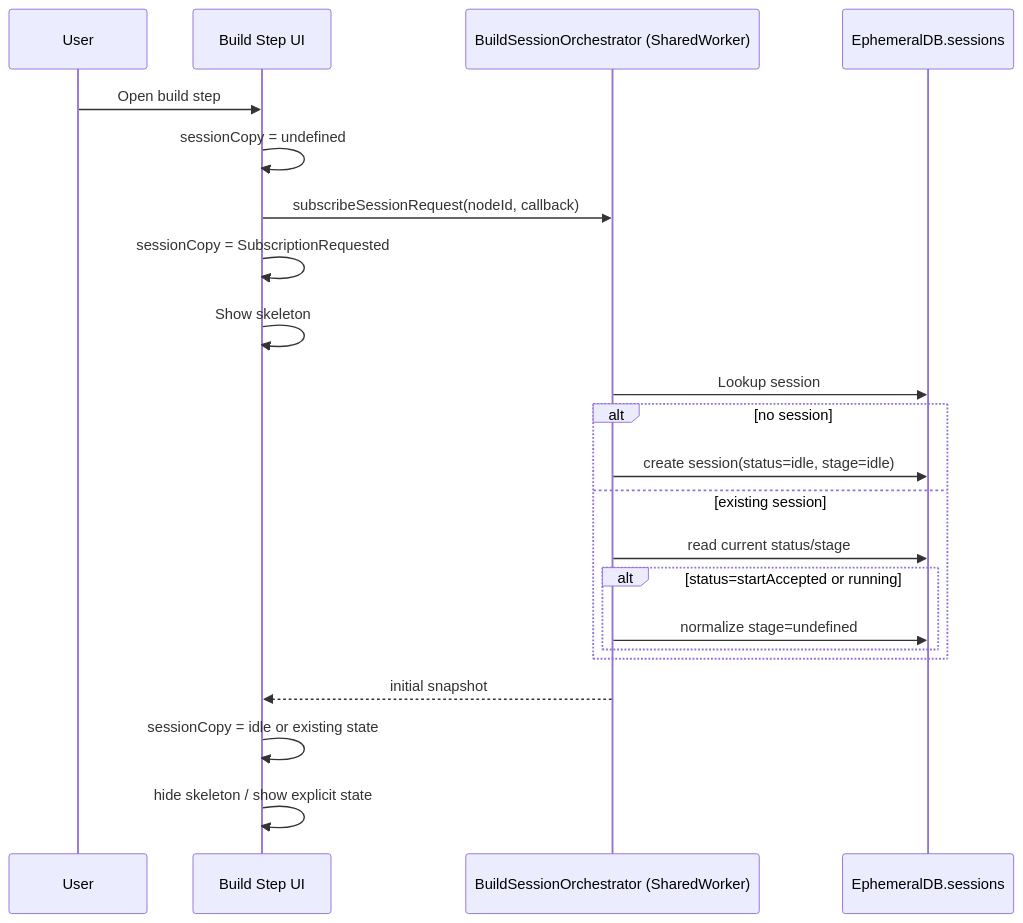
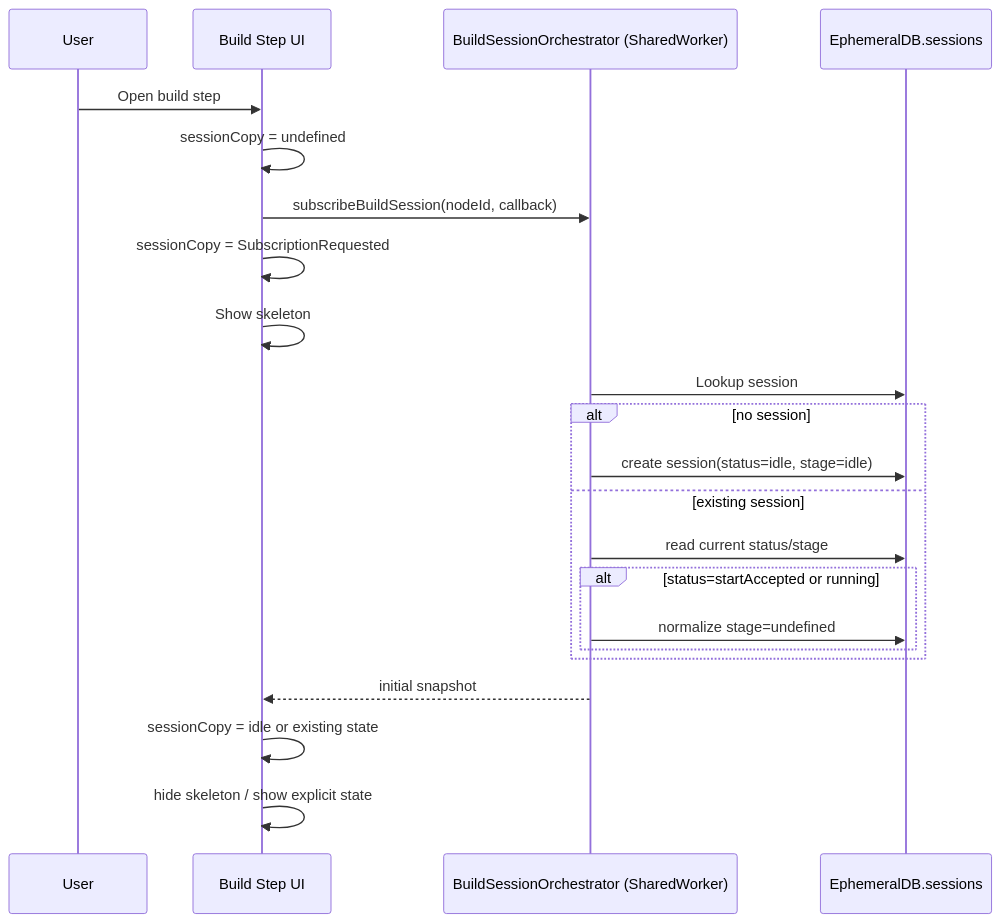
The first of 4 diagrams in packages/runtime-worker/docs/build-session-orchestrator-state-transitions.md (kubohiroya/hierarchidb), drawn with Mermaid before and after one commit. The commit also changed other lines of this file and 162 other files, not shown here.

Commit message:
chore(build): align build session control naming and docs

````diff
--- a/packages/runtime-worker/docs/build-session-orchestrator-state-transitions.md
+++ b/packages/runtime-worker/docs/build-session-orchestrator-state-transitions.md
@@ -118,25 +118,25 @@
 ```mermaid
 sequenceDiagram
   participant U as User
   participant UI as Build Step UI
   participant BO as BuildSessionOrchestrator (SharedWorker)
   participant DB as EphemeralDB.sessions
 
   U->>UI: Open build step
   UI->>UI: sessionCopy = undefined
-  UI->>BO: subscribeSessionRequest(nodeId, callback)
+  UI->>BO: subscribeBuildSession(nodeId, callback)
   UI->>UI: sessionCopy = SubscriptionRequested
   UI->>UI: Show skeleton
   BO->>DB: Lookup session
   alt no session
     BO->>DB: create session(status=idle, stage=idle)
   else existing session
     BO->>DB: read current status/stage
     alt status=startAccepted or running
       BO->>DB: normalize stage=undefined
     end
   end
   BO-->>UI: initial snapshot
   UI->>UI: sessionCopy = idle or existing state
   UI->>UI: hide skeleton / show explicit state
 ```
````
